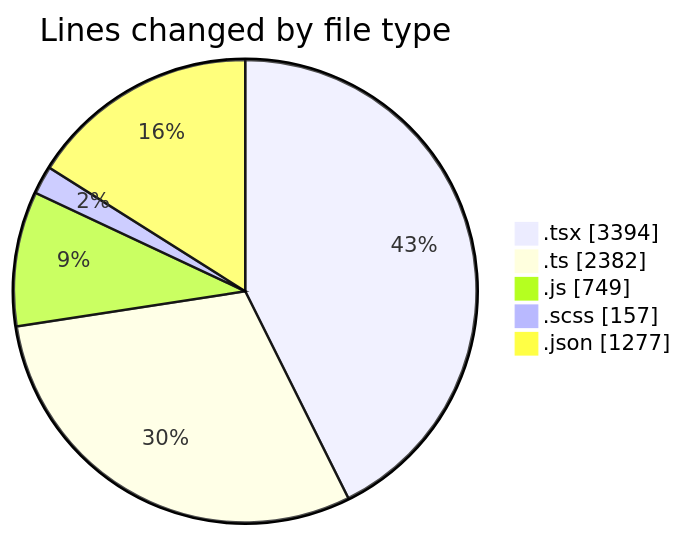
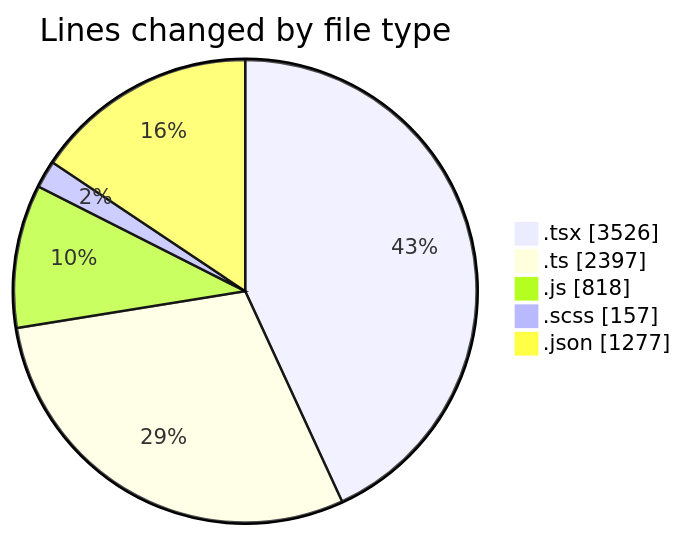
Before and after one commit to momahboobian/code-tracking: the first of 2 diagrams in 2026-06-15/cda/README.md, drawn with Mermaid. The commit also changed other lines of this file and 1 other file, not shown here.

````diff
--- a/2026-06-15/cda/README.md
+++ b/2026-06-15/cda/README.md
@@ -66,9 +67,9 @@
 ```mermaid
 pie showData
 title Lines changed by file type
-".tsx" : 3394
-".ts" : 2382
-".js" : 749
+".tsx" : 3526
+".ts" : 2397
+".js" : 818
 ".scss" : 157
 ".json" : 1277
 ```
````
